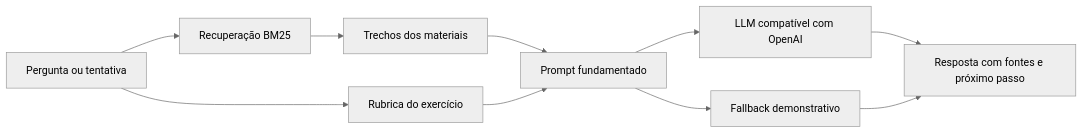
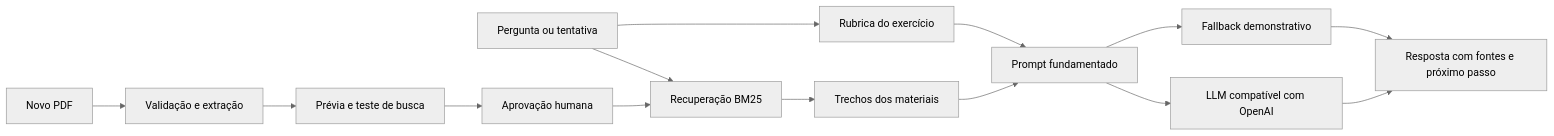
The diagram in README.md (alexrbss/chatbot-algoritmos), drawn with Mermaid (neutral theme) before and after one commit. The commit also changed other lines of this file and 9 other files, not shown here.

````diff
--- a/README.md
+++ b/README.md
@@ -30,12 +32,16 @@
 ```mermaid
 flowchart LR
     A[Pergunta ou tentativa] --> B[Recuperação BM25]
     B --> C[Trechos dos materiais]
     A --> D[Rubrica do exercício]
     C --> E[Prompt fundamentado]
     D --> E
     E --> F[LLM compatível com OpenAI]
     F --> G[Resposta com fontes e próximo passo]
     E --> H[Fallback demonstrativo]
     H --> G
+    I[Novo PDF] --> J[Validação e extração]
+    J --> K[Prévia e teste de busca]
+    K --> L[Aprovação humana]
+    L --> B
 ```
````
